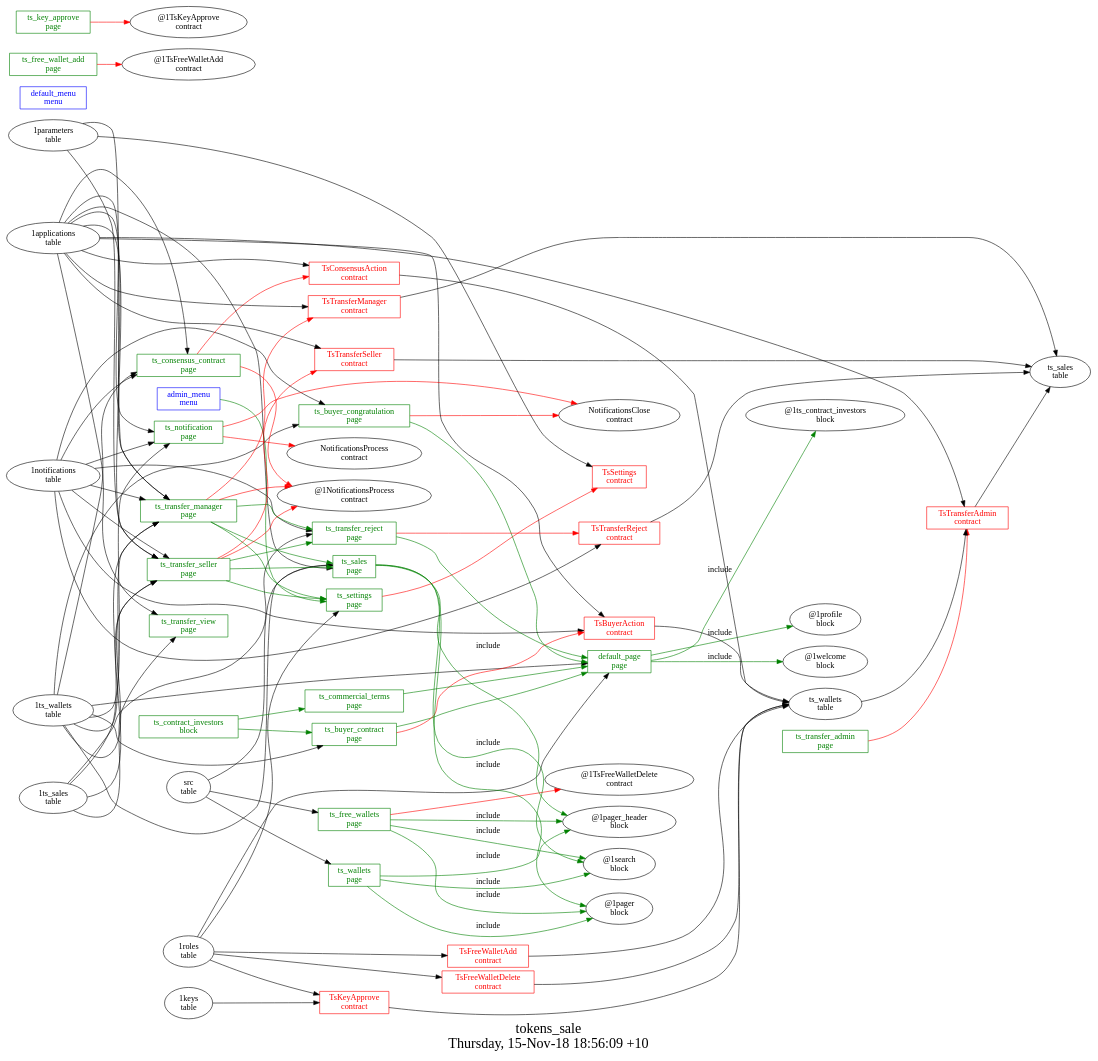
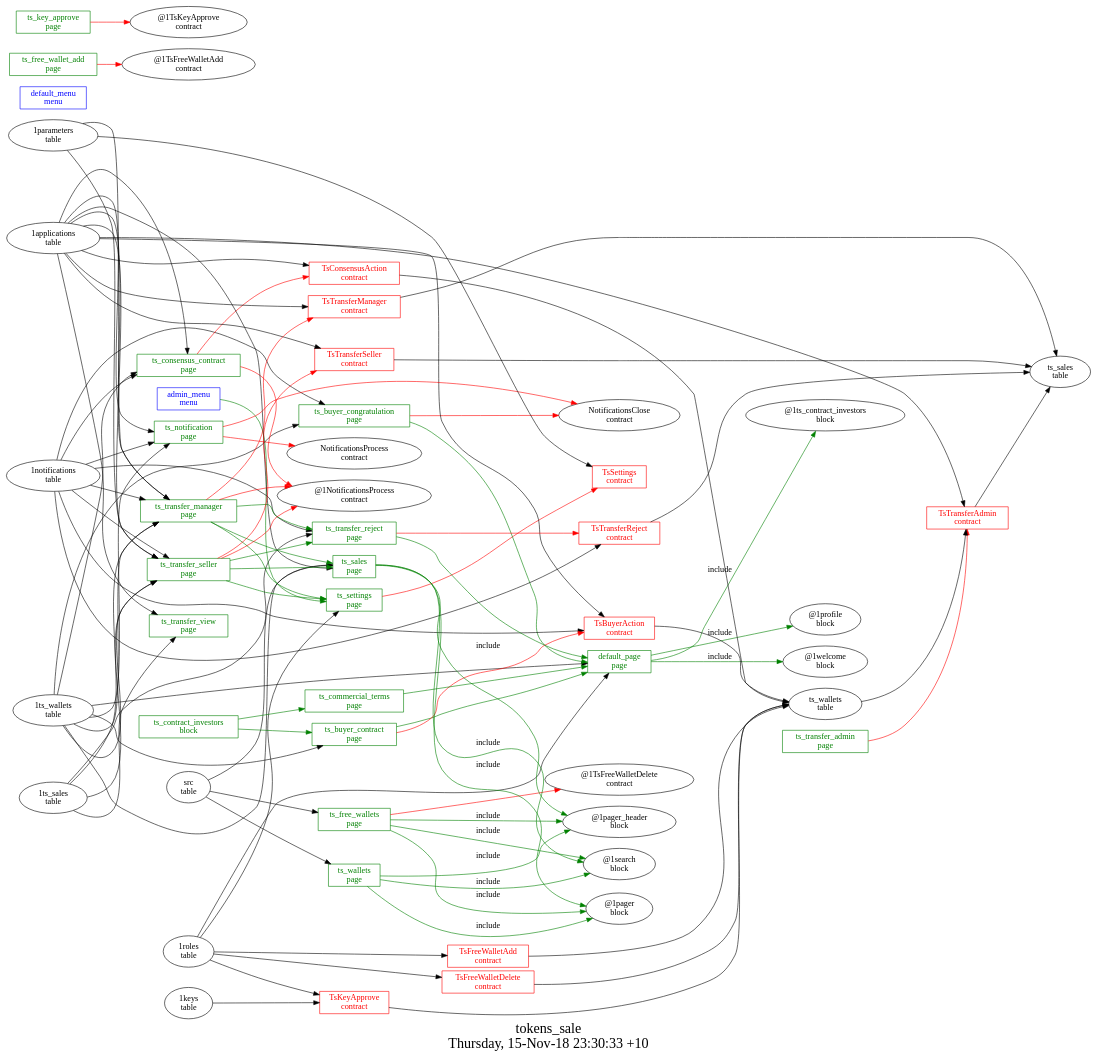
One commit to AplaProject/apps changed the diagram in other/tokens_sale/struct.dot. Above: the diagram before and after it, drawn with Graphviz. The commit also changed 29 other files, not shown here.

```diff
--- a/other/tokens_sale/struct.dot
+++ b/other/tokens_sale/struct.dot
@@ -1,134 +1,134 @@
 digraph G {
 fontsize="24";
-label="tokens_sale\nThursday, 15-Nov-18 18:56:09 +10";
+label="tokens_sale\nThursday, 15-Nov-18 23:30:33 +10";
 nojustify=true;
 ordering=out;
 rankdir=LR;
 size="30";
 "admin_menu\nmenu" -> "ts_settings\npage"  [ color=green ]
 "admin_menu\nmenu" [color=blue, fontcolor=blue, group=menus, shape=record];
 "default_menu\nmenu" [color=blue, fontcolor=blue, group=menus, shape=record];
 "1ts_wallets\ntable" -> "default_page\npage"
 "1roles\ntable" -> "default_page\npage"
 "default_page\npage" -> "@1ts_contract_investors\nblock"  [ color=green, label=include ]
 "default_page\npage" -> "@1profile\nblock"  [ color=green, label=include ]
 "default_page\npage" -> "@1welcome\nblock"  [ color=green, label=include ]
 "default_page\npage" [color=green, fontcolor=green, group=pages, shape=record];
 "ts_buyer_congratulation\npage" -> "NotificationsClose\ncontract"  [ color=red ]
 "1ts_wallets\ntable" -> "ts_buyer_congratulation\npage"
 "1notifications\ntable" -> "ts_buyer_congratulation\npage"
 "ts_buyer_congratulation\npage" -> "default_page\npage"  [ color=green ]
 "ts_buyer_congratulation\npage" [color=green, fontcolor=green, group=pages, shape=record];
 "ts_buyer_contract\npage" -> "TsBuyerAction\ncontract"  [ color=red ]
 "1ts_wallets\ntable" -> "ts_buyer_contract\npage"
 "ts_buyer_contract\npage" -> "default_page\npage"  [ color=green ]
 "ts_buyer_contract\npage" [color=green, fontcolor=green, group=pages, shape=record];
 "ts_commercial_terms\npage" -> "default_page\npage"  [ color=green ]
 "ts_commercial_terms\npage" [color=green, fontcolor=green, group=pages, shape=record];
 "ts_consensus_contract\npage" -> "TsConsensusAction\ncontract"  [ color=red ]
 "ts_consensus_contract\npage" -> "@1NotificationsProcess\ncontract"  [ color=red ]
 "1applications\ntable" -> "ts_consensus_contract\npage"
 "1notifications\ntable" -> "ts_consensus_contract\npage"
 "1ts_wallets\ntable" -> "ts_consensus_contract\npage"
 "ts_consensus_contract\npage" [color=green, fontcolor=green, group=pages, shape=record];
 "ts_free_wallet_add\npage" -> "@1TsFreeWalletAdd\ncontract"  [ color=red ]
 "ts_free_wallet_add\npage" [color=green, fontcolor=green, group=pages, shape=record];
 "ts_free_wallets\npage" -> "@1TsFreeWalletDelete\ncontract"  [ color=red ]
 "src\ntable" -> "ts_free_wallets\npage"
 "ts_free_wallets\npage" -> "@1pager_header\nblock"  [ color=green, label=include ]
 "ts_free_wallets\npage" -> "@1search\nblock"  [ color=green, label=include ]
 "ts_free_wallets\npage" -> "@1pager\nblock"  [ color=green, label=include ]
 "ts_free_wallets\npage" [color=green, fontcolor=green, group=pages, shape=record];
 "ts_key_approve\npage" -> "@1TsKeyApprove\ncontract"  [ color=red ]
 "ts_key_approve\npage" [color=green, fontcolor=green, group=pages, shape=record];
 "ts_notification\npage" -> "NotificationsClose\ncontract"  [ color=red ]
 "ts_notification\npage" -> "NotificationsProcess\ncontract"  [ color=red ]
 "1applications\ntable" -> "ts_notification\npage"
 "1notifications\ntable" -> "ts_notification\npage"
 "1ts_wallets\ntable" -> "ts_notification\npage"
 "ts_notification\npage" [color=green, fontcolor=green, group=pages, shape=record];
 "1applications\ntable" -> "ts_sales\npage"
 "src\ntable" -> "ts_sales\npage"
 "1ts_wallets\ntable" -> "ts_sales\npage"
 "ts_sales\npage" -> "@1pager_header\nblock"  [ color=green, label=include ]
 "ts_sales\npage" -> "@1search\nblock"  [ color=green, label=include ]
 "ts_sales\npage" -> "@1pager\nblock"  [ color=green, label=include ]
 "ts_sales\npage" [color=green, fontcolor=green, group=pages, shape=record];
 "ts_settings\npage" -> "TsSettings\ncontract"  [ color=red ]
 "1roles\ntable" -> "ts_settings\npage"
 "ts_settings\npage" [color=green, fontcolor=green, group=pages, shape=record];
 "ts_transfer_admin\npage" -> "TsTransferAdmin\ncontract"  [ color=red ]
 "ts_transfer_admin\npage" [color=green, fontcolor=green, group=pages, shape=record];
 "ts_transfer_manager\npage" -> "TsTransferManager\ncontract"  [ color=red ]
 "ts_transfer_manager\npage" -> "@1NotificationsProcess\ncontract"  [ color=red ]
 "1applications\ntable" -> "ts_transfer_manager\npage"
 "1notifications\ntable" -> "ts_transfer_manager\npage"
 "1ts_sales\ntable" -> "ts_transfer_manager\npage"
 "1ts_wallets\ntable" -> "ts_transfer_manager\npage"
 "1parameters\ntable" -> "ts_transfer_manager\npage"
 "ts_transfer_manager\npage" -> "ts_transfer_reject\npage"  [ color=green ]
 "ts_transfer_manager\npage" -> "ts_sales\npage"  [ color=green ]
 "ts_transfer_manager\npage" -> "ts_settings\npage"  [ color=green ]
 "ts_transfer_manager\npage" [color=green, fontcolor=green, group=pages, shape=record];
 "ts_transfer_reject\npage" -> "TsTransferReject\ncontract"  [ color=red ]
 "1notifications\ntable" -> "ts_transfer_reject\npage"
 "1ts_sales\ntable" -> "ts_transfer_reject\npage"
 "ts_transfer_reject\npage" -> "default_page\npage"  [ color=green ]
 "ts_transfer_reject\npage" [color=green, fontcolor=green, group=pages, shape=record];
 "ts_transfer_seller\npage" -> "TsTransferSeller\ncontract"  [ color=red ]
 "ts_transfer_seller\npage" -> "@1NotificationsProcess\ncontract"  [ color=red ]
 "1applications\ntable" -> "ts_transfer_seller\npage"
 "1notifications\ntable" -> "ts_transfer_seller\npage"
 "1ts_sales\ntable" -> "ts_transfer_seller\npage"
 "1ts_wallets\ntable" -> "ts_transfer_seller\npage"
 "1parameters\ntable" -> "ts_transfer_seller\npage"
 "ts_transfer_seller\npage" -> "ts_transfer_reject\npage"  [ color=green ]
 "ts_transfer_seller\npage" -> "ts_sales\npage"  [ color=green ]
 "ts_transfer_seller\npage" -> "ts_settings\npage"  [ color=green ]
 "ts_transfer_seller\npage" [color=green, fontcolor=green, group=pages, shape=record];
 "1applications\ntable" -> "ts_transfer_view\npage"
 "1ts_sales\ntable" -> "ts_transfer_view\npage"
 "ts_transfer_view\npage" [color=green, fontcolor=green, group=pages, shape=record];
 "src\ntable" -> "ts_wallets\npage"
 "ts_wallets\npage" -> "@1pager_header\nblock"  [ color=green, label=include ]
 "ts_wallets\npage" -> "@1search\nblock"  [ color=green, label=include ]
 "ts_wallets\npage" -> "@1pager\nblock"  [ color=green, label=include ]
 "ts_wallets\npage" [color=green, fontcolor=green, group=pages, shape=record];
 "ts_contract_investors\nblock" -> "ts_commercial_terms\npage"  [ color=green ]
 "ts_contract_investors\nblock" -> "ts_buyer_contract\npage"  [ color=green ]
 "ts_contract_investors\nblock" [color=green, fontcolor=green, group=blocks, shape=record];
 "TsBuyerAction\ncontract" -> "ts_wallets\ntable"  [ color="" ]
 "1applications\ntable" -> "TsBuyerAction\ncontract"
 "1notifications\ntable" -> "TsBuyerAction\ncontract"
 "TsBuyerAction\ncontract" [color=red, fontcolor=red, group=contracts, shape=record];
 "TsConsensusAction\ncontract" -> "ts_wallets\ntable"  [ color="" ]
 "1applications\ntable" -> "TsConsensusAction\ncontract"
 "TsConsensusAction\ncontract" [color=red, fontcolor=red, group=contracts, shape=record];
 "TsFreeWalletAdd\ncontract" -> "ts_wallets\ntable"  [ color="" ]
 "1roles\ntable" -> "TsFreeWalletAdd\ncontract"
 "TsFreeWalletAdd\ncontract" [color=red, fontcolor=red, group=contracts, shape=record];
 "TsFreeWalletDelete\ncontract" -> "ts_wallets\ntable"  [ color="" ]
 "1roles\ntable" -> "TsFreeWalletDelete\ncontract"
 "TsFreeWalletDelete\ncontract" [color=red, fontcolor=red, group=contracts, shape=record];
 "TsKeyApprove\ncontract" -> "ts_wallets\ntable"  [ color="" ]
 "1keys\ntable" -> "TsKeyApprove\ncontract"
 "1roles\ntable" -> "TsKeyApprove\ncontract"
 "TsKeyApprove\ncontract" [color=red, fontcolor=red, group=contracts, shape=record];
 "1parameters\ntable" -> "TsSettings\ncontract"
 "TsSettings\ncontract" [color=red, fontcolor=red, group=contracts, shape=record];
 "TsTransferAdmin\ncontract" -> "ts_sales\ntable"  [ color="" ]
 "1applications\ntable" -> "TsTransferAdmin\ncontract"
 "ts_wallets\ntable" -> "TsTransferAdmin\ncontract"
 "TsTransferAdmin\ncontract" [color=red, fontcolor=red, group=contracts, shape=record];
 "TsTransferManager\ncontract" -> "ts_sales\ntable"  [ color="" ]
 "1applications\ntable" -> "TsTransferManager\ncontract"
 "TsTransferManager\ncontract" [color=red, fontcolor=red, group=contracts, shape=record];
 "TsTransferReject\ncontract" -> "ts_sales\ntable"  [ color="" ]
 "1notifications\ntable" -> "TsTransferReject\ncontract"
 "TsTransferReject\ncontract" [color=red, fontcolor=red, group=contracts, shape=record];
 "TsTransferSeller\ncontract" -> "ts_sales\ntable"  [ color="" ]
 "1applications\ntable" -> "TsTransferSeller\ncontract"
 "TsTransferSeller\ncontract" [color=red, fontcolor=red, group=contracts, shape=record];
 "ts_sales\ntable" [color="", fontcolor="", group=tables, shape=""];
 "ts_wallets\ntable" [color="", fontcolor="", group=tables, shape=""];
 }
```
